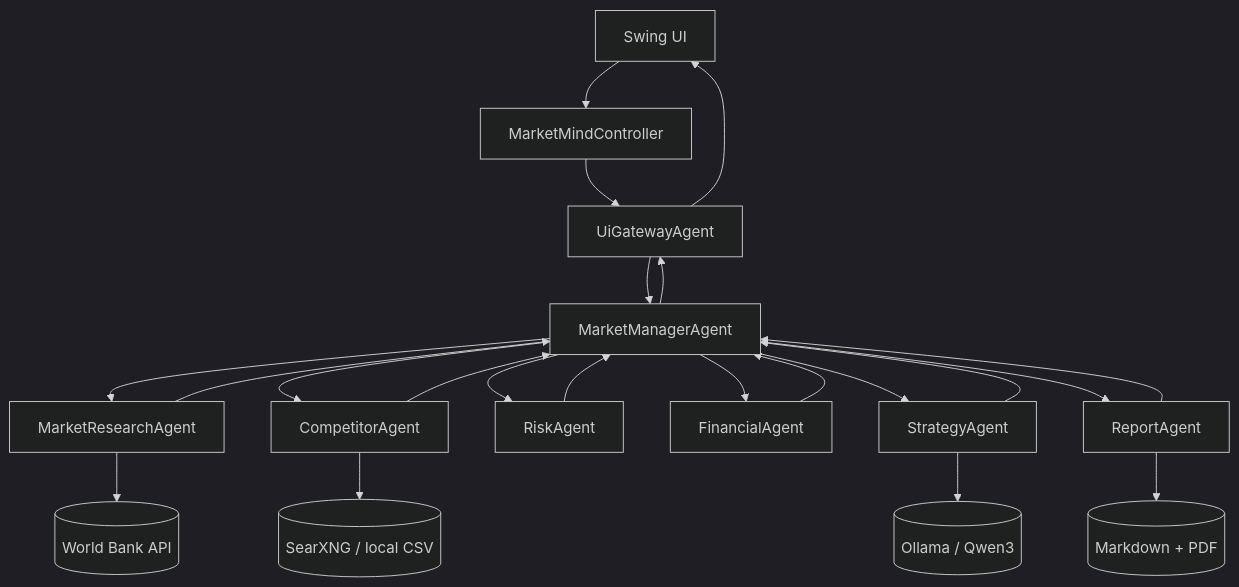
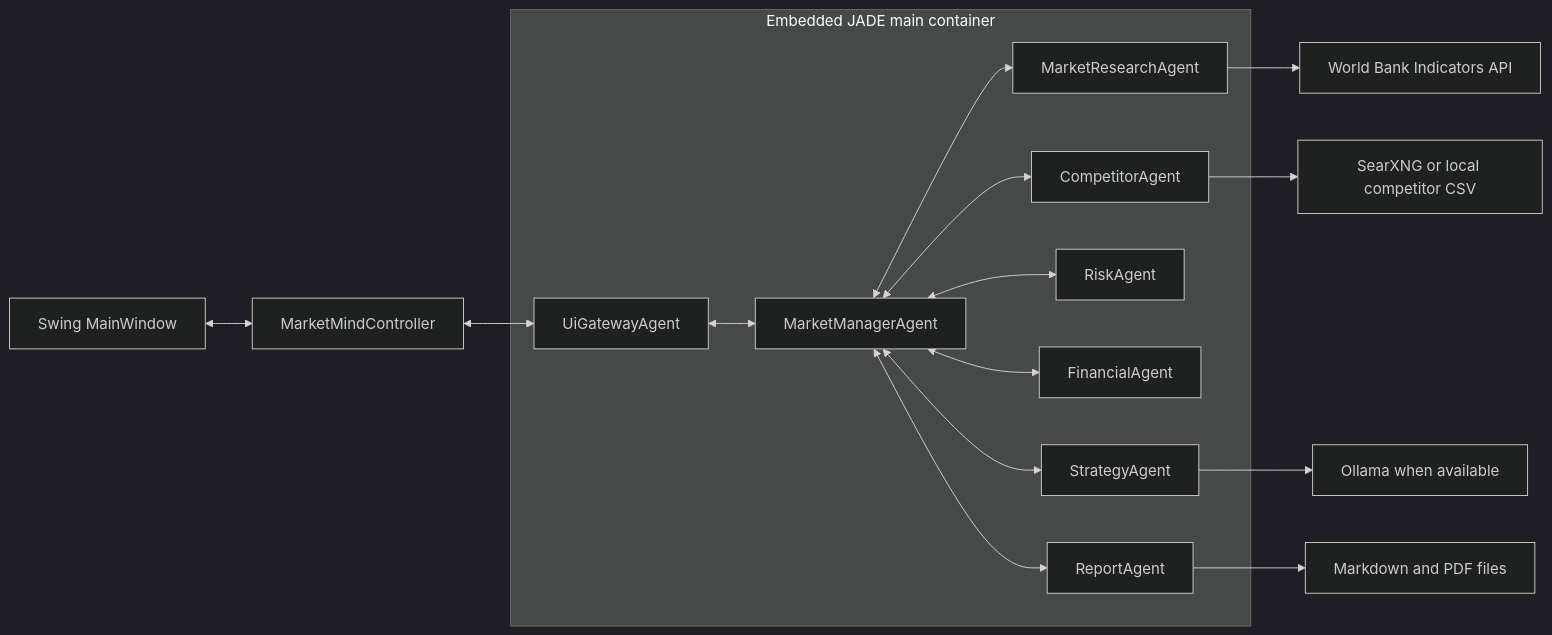
Before and after one commit to Ben10-L/MarketMind: the first of 2 diagrams in README.md, drawn with Mermaid (dark theme). The commit also changed other lines of this file and 16 other files, not shown here.

Commit message:
Refresh MarketMind branding and portfolio documentation

````diff
--- a/README.md
+++ b/README.md
@@ -46,28 +41,18 @@
 ```mermaid
-flowchart TD
-    UI["Swing UI"] --> CTRL["MarketMindController"]
-    CTRL --> GW["UiGatewayAgent"]
-    GW --> M["MarketManagerAgent"]
-
-    M --> MR["MarketResearchAgent"]
-    M --> CO["CompetitorAgent"]
-    M --> RI["RiskAgent"]
-    M --> FI["FinancialAgent"]
-
-    MR --> WB[("World Bank API")]
-    CO --> SX[("SearXNG / local CSV")]
-
-    MR --> M
-    CO --> M
-    RI --> M
-    FI --> M
-
-    M --> ST["StrategyAgent"]
-    ST --> OL[("Ollama / Qwen3")]
-    ST --> M
-    M --> RP["ReportAgent"]
-    RP --> OUT[("Markdown + PDF")]
-    RP --> M
-    M --> GW
-    GW --> UI
+flowchart LR
+    U["Swing MainWindow"] <--> C["MarketMindController"]
+    subgraph JADE["Embedded JADE main container"]
+        G["UiGatewayAgent"] <--> M["MarketManagerAgent"]
+        M <--> R["MarketResearchAgent"]
+        M <--> K["CompetitorAgent"]
+        M <--> A["RiskAgent"]
+        M <--> F["FinancialAgent"]
+        M <--> S["StrategyAgent"]
+        M <--> P["ReportAgent"]
+    end
+    C <--> G
+    R --> W["World Bank Indicators API"]
+    K --> X["SearXNG or local competitor CSV"]
+    S --> O["Ollama when available"]
+    P --> D["Markdown and PDF files"]
 ```
````
